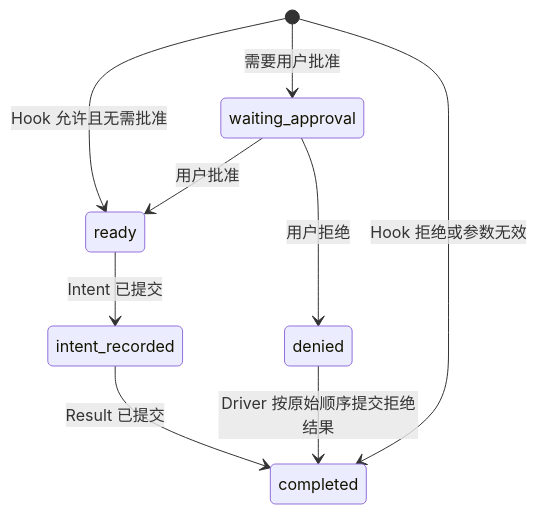
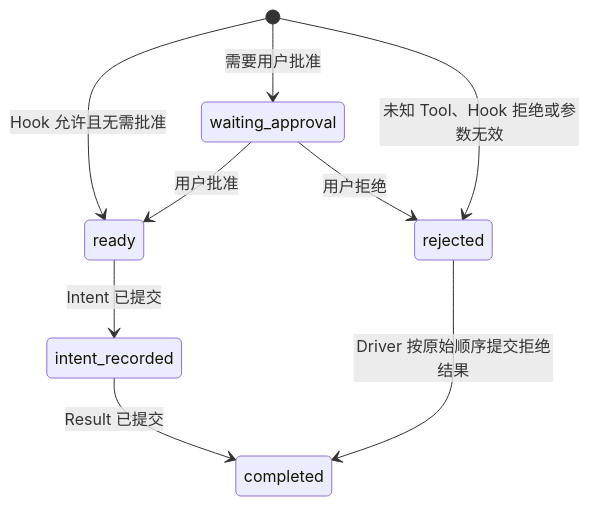
One commit to xiesunsun/MyOpenClaw changed diagram 15 of 53 in docs/upgrade/2026-08-24-runtime-entity-decisions.md. Above: the diagram before and after it, drawn with Mermaid. The commit also changed other lines of this file and 14 other files, not shown here.

````diff
--- a/docs/upgrade/2026-08-24-runtime-entity-decisions.md
+++ b/docs/upgrade/2026-08-24-runtime-entity-decisions.md
@@ -1113,12 +1113,12 @@
 ```mermaid
 stateDiagram-v2
     [*] --> ready: Hook 允许且无需批准
     [*] --> waiting_approval: 需要用户批准
-    [*] --> completed: Hook 拒绝或参数无效
+    [*] --> rejected: 未知 Tool、Hook 拒绝或参数无效
 
     waiting_approval --> ready: 用户批准
-    waiting_approval --> denied: 用户拒绝
-    denied --> completed: Driver 按原始顺序提交拒绝结果
+    waiting_approval --> rejected: 用户拒绝
+    rejected --> completed: Driver 按原始顺序提交拒绝结果
     ready --> intent_recorded: Intent 已提交
     intent_recorded --> completed: Result 已提交
 ```
````
